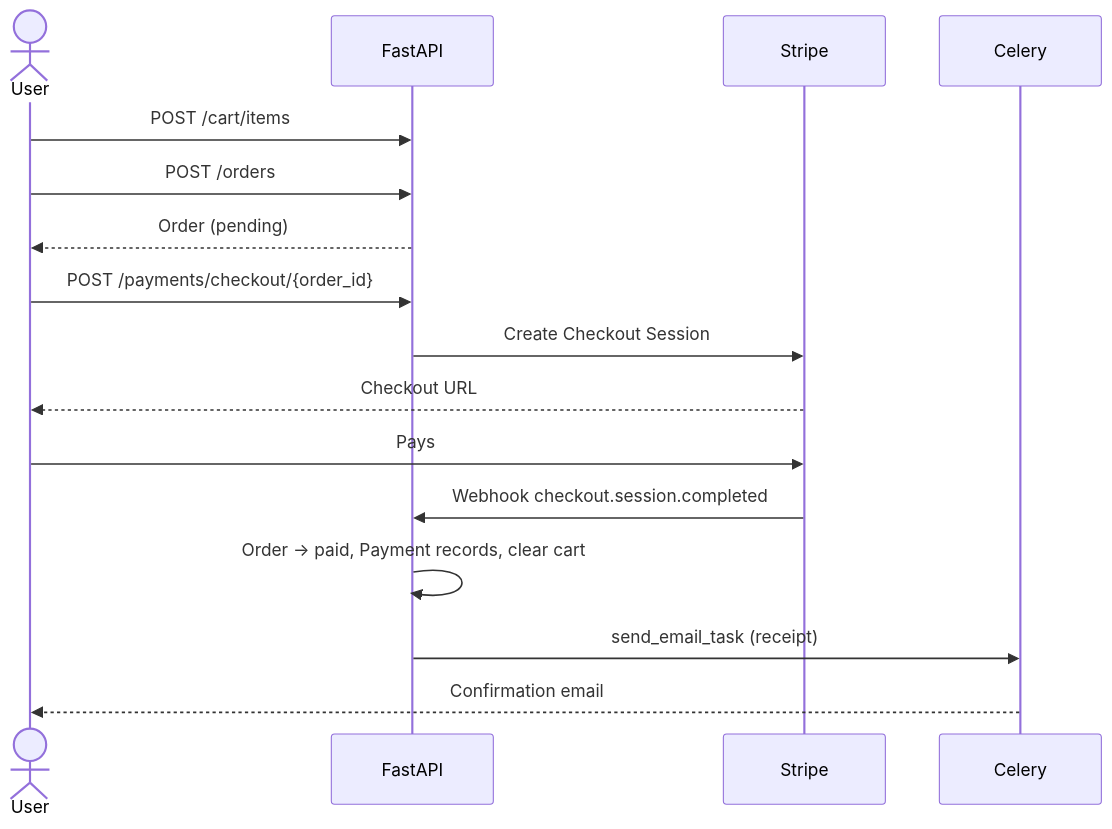
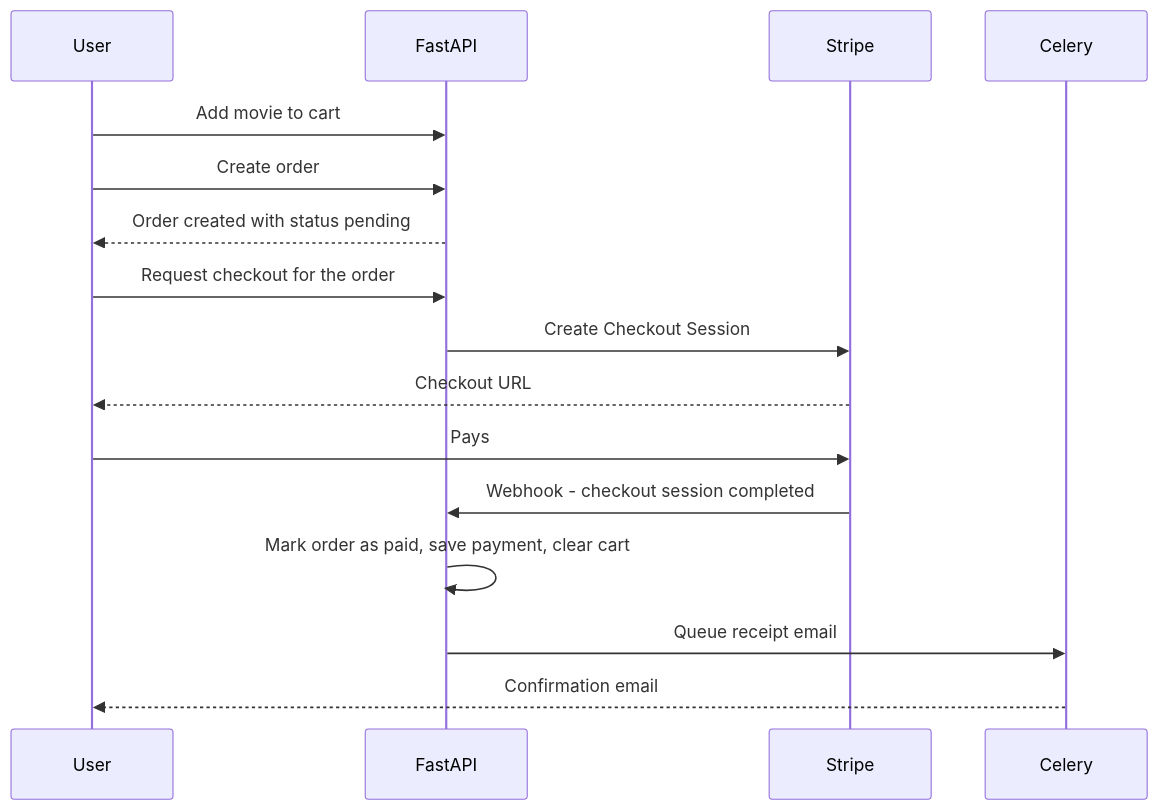
One commit to Sergio-zt/online-cinema changed the diagram in README.md. Above: the diagram before and after it, drawn with Mermaid.

Commit message:
docs: update comprehensive project documentation

````diff
--- a/README.md
+++ b/README.md
@@ -106,19 +106,19 @@
 ```mermaid
 sequenceDiagram
-    actor U as User
+    participant U as User
     participant API as FastAPI
     participant S as Stripe
     participant C as Celery
 
-    U->>API: POST /cart/items
-    U->>API: POST /orders
-    API-->>U: Order (pending)
-    U->>API: POST /payments/checkout/{order_id}
+    U->>API: Add movie to cart
+    U->>API: Create order
+    API-->>U: Order created with status pending
+    U->>API: Request checkout for the order
     API->>S: Create Checkout Session
     S-->>U: Checkout URL
     U->>S: Pays
-    S->>API: Webhook checkout.session.completed
-    API->>API: Order → paid, Payment records, clear cart
-    API->>C: send_email_task (receipt)
+    S->>API: Webhook - checkout session completed
+    API->>API: Mark order as paid, save payment, clear cart
+    API->>C: Queue receipt email
     C-->>U: Confirmation email
 ```
````
